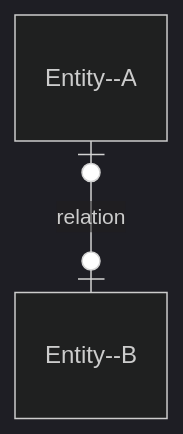
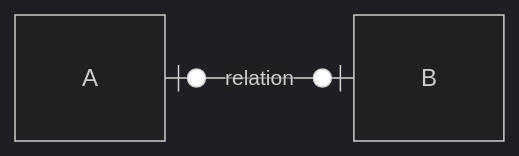
Before and after one commit to nicojmn/LINFO2172-cheatsheet: the first of 8 diagrams in cheatsheet.md, drawn with Mermaid (dark theme). The commit also changed other lines of this file, not shown here.

````diff
--- a/cheatsheet.md
+++ b/cheatsheet.md
@@ -11,4 +19,7 @@
 ```mermaid
 erDiagram
-    Entity--A |o--o| Entity--B: "relation"
+    direction LR
+    a[A]
+    b[B]
+    a|o--o| b : "relation"
 ```
````
